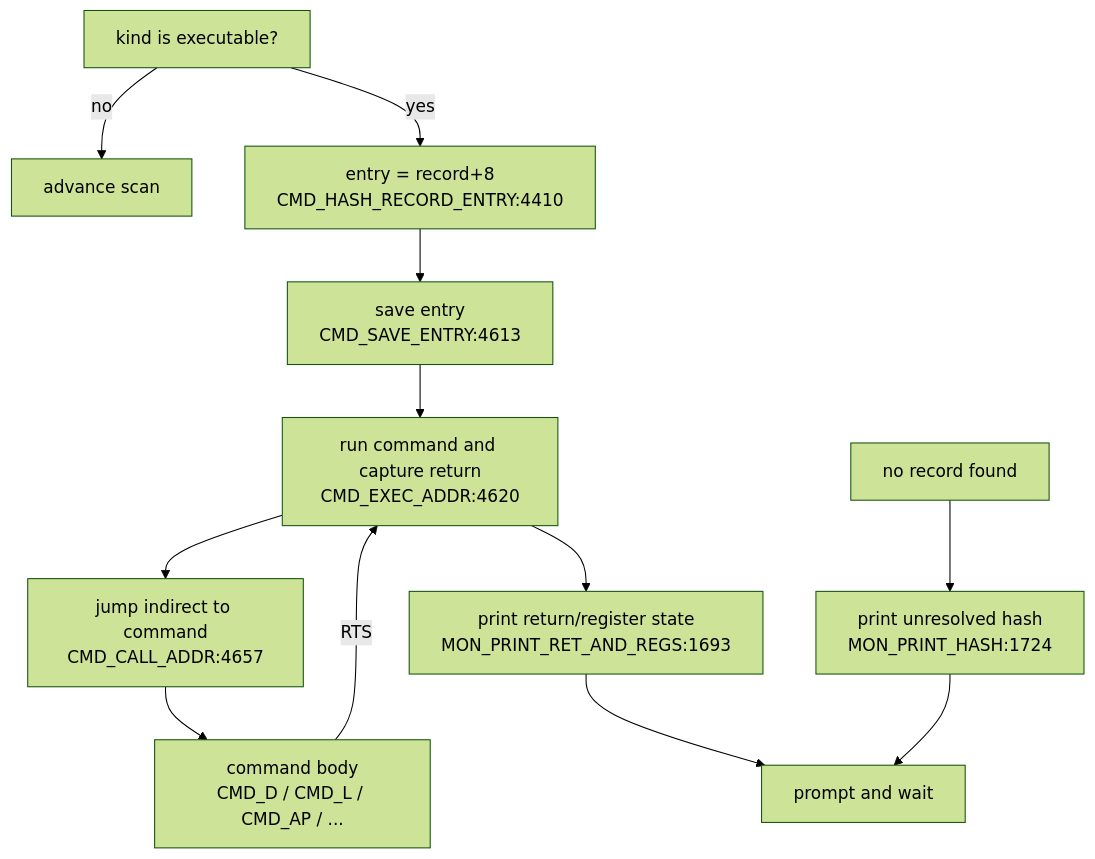
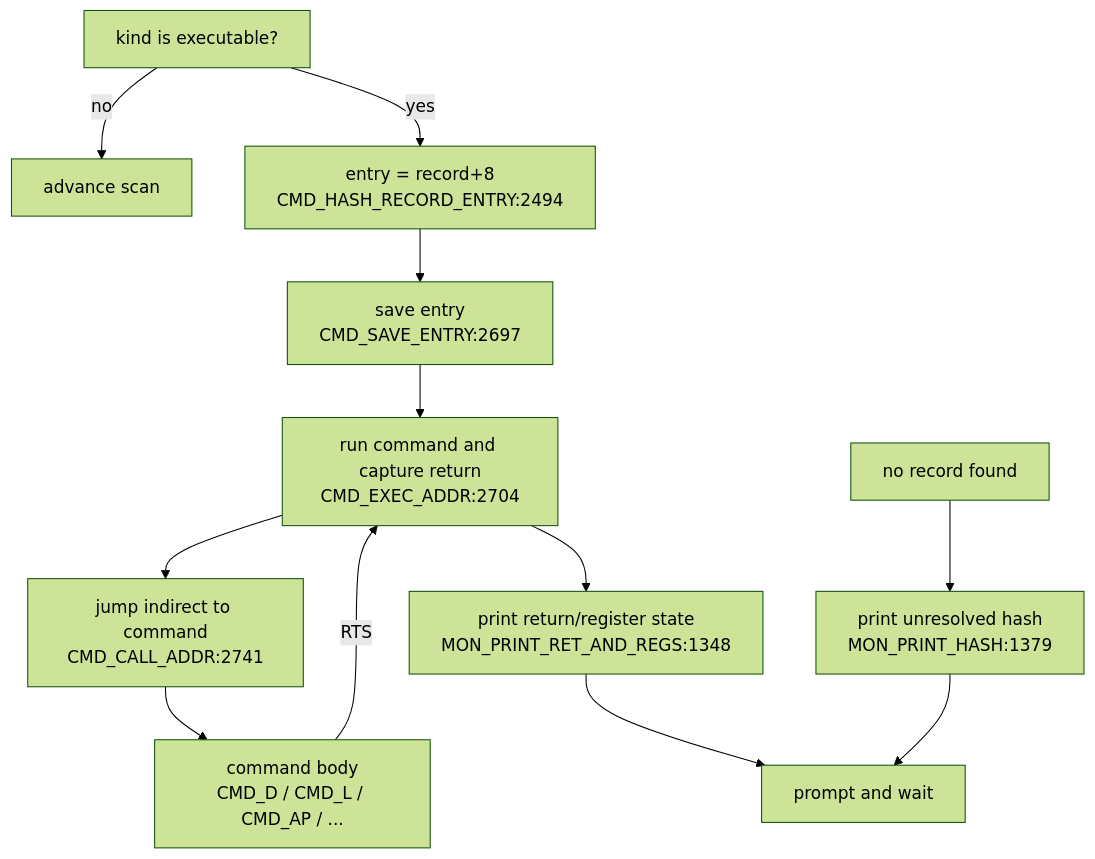
Before and after one commit to 95westus/R-YORS: the fourth of 4 diagrams in DOC/GENERATED/CMD_FLOW_MAP.md, drawn with Mermaid (forest theme). The commit also changed other lines of this file and 243 other files, not shown here.

````diff
--- a/DOC/GENERATED/CMD_FLOW_MAP.md
+++ b/DOC/GENERATED/CMD_FLOW_MAP.md
@@ -58,14 +58,14 @@
 ```mermaid
 flowchart TD
     EXECOK["kind is executable?"] -->|no| ADV["advance scan"]
-    EXECOK -->|yes| ENTRY["entry = record+8<br/>CMD_HASH_RECORD_ENTRY:4410"]
-    ENTRY --> SAVEENTRY["save entry<br/>CMD_SAVE_ENTRY:4613"]
-    SAVEENTRY --> RUN["run command and capture return<br/>CMD_EXEC_ADDR:4620"]
-    RUN --> CALL["jump indirect to command<br/>CMD_CALL_ADDR:4657"]
+    EXECOK -->|yes| ENTRY["entry = record+8<br/>CMD_HASH_RECORD_ENTRY:2494"]
+    ENTRY --> SAVEENTRY["save entry<br/>CMD_SAVE_ENTRY:2697"]
+    SAVEENTRY --> RUN["run command and capture return<br/>CMD_EXEC_ADDR:2704"]
+    RUN --> CALL["jump indirect to command<br/>CMD_CALL_ADDR:2741"]
     CALL --> BODY["command body<br/>CMD_D / CMD_L / CMD_AP / ..."]
     BODY -->|RTS| RUN
-    RUN --> RETPRINT["print return/register state<br/>MON_PRINT_RET_AND_REGS:1693"]
+    RUN --> RETPRINT["print return/register state<br/>MON_PRINT_RET_AND_REGS:1348"]
     RETPRINT --> LOOP["prompt and wait"]
-    MISS["no record found"] --> PRHASH["print unresolved hash<br/>MON_PRINT_HASH:1724"]
+    MISS["no record found"] --> PRHASH["print unresolved hash<br/>MON_PRINT_HASH:1379"]
     PRHASH --> LOOP
 ```
````
